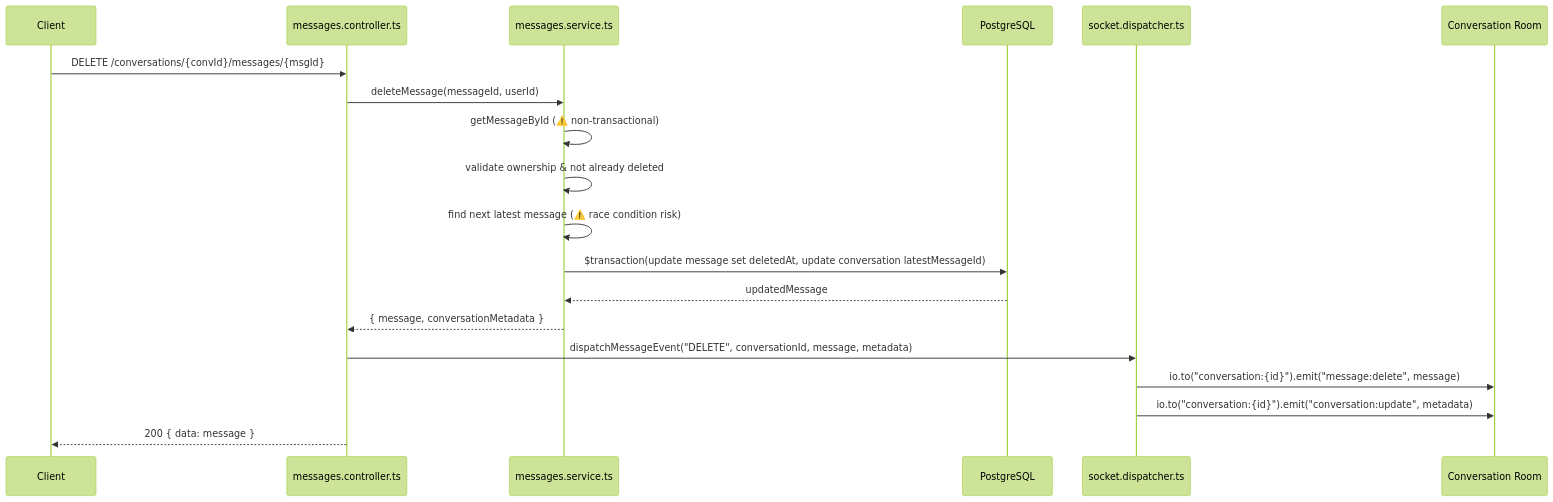
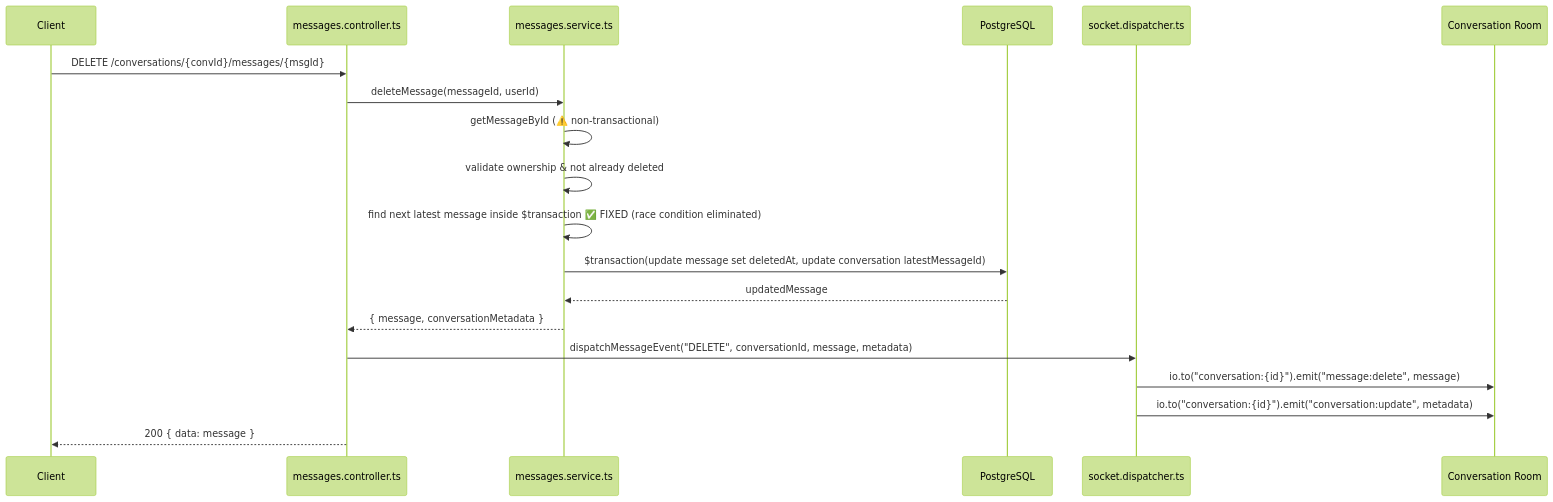
One commit to Kashyap-empiric/Nexus changed the eighth of 14 diagrams in .docs/socket.md. Above: the diagram before and after it, drawn with Mermaid (forest theme). The commit also changed 14 other files, not shown here.

Commit message:
docs: update architecture and planning docs

````diff
--- a/.docs/socket.md
+++ b/.docs/socket.md
@@ -348,25 +348,25 @@
 ```mermaid
 sequenceDiagram
     participant Client as Client
     participant Controller as messages.controller.ts
     participant Service as messages.service.ts
     participant DB as PostgreSQL
     participant Dispatcher as socket.dispatcher.ts
     participant Room as Conversation Room
 
     Client->>Controller: DELETE /conversations/{convId}/messages/{msgId}
 
     Controller->>Service: deleteMessage(messageId, userId)
     Service->>Service: getMessageById (⚠️ non-transactional)
     Service->>Service: validate ownership & not already deleted
-    Service->>Service: find next latest message (⚠️ race condition risk)
-    Service->>DB: $transaction(update message set deletedAt, update conversation latestMessageId)
+   Service->>Service: find next latest message inside $transaction ✅ FIXED (race condition eliminated)
+   Service->>DB: $transaction(update message set deletedAt, update conversation latestMessageId)
     DB-->>Service: updatedMessage
     Service-->>Controller: { message, conversationMetadata }
 
     Controller->>Dispatcher: dispatchMessageEvent("DELETE", conversationId, message, metadata)
     Dispatcher->>Room: io.to("conversation:{id}").emit("message:delete", message)
     Dispatcher->>Room: io.to("conversation:{id}").emit("conversation:update", metadata)
 
     Controller-->>Client: 200 { data: message }
 ```
````
